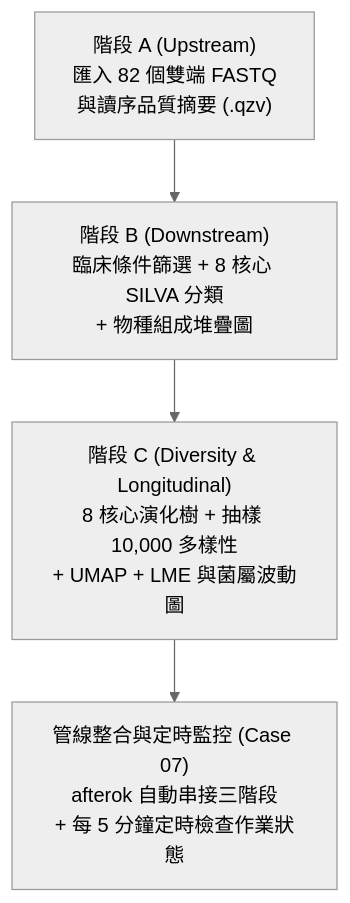
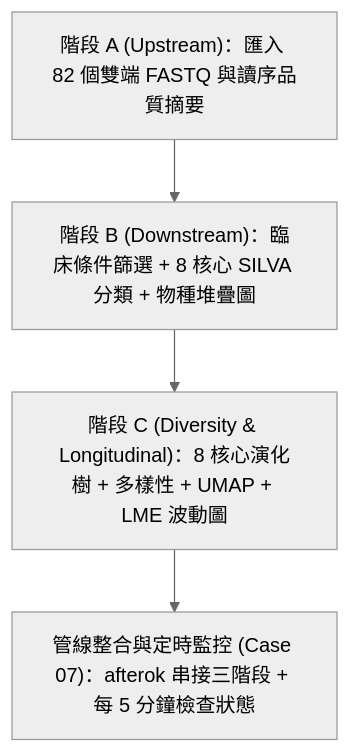
One commit to gemini960114/nano4-ngs-slurm-skill changed the diagram in 04-qiime2-microbiome-pipeline/README.md. Above: the diagram before and after it, drawn with Mermaid (neutral theme). The commit also changed 5 other files, not shown here.

Commit message:
fix(docs): add VitePress custom.css for hero typography, remove extra home text, and fix Mermaid br syntax

````diff
--- a/04-qiime2-microbiome-pipeline/README.md
+++ b/04-qiime2-microbiome-pipeline/README.md
@@ -9,6 +9,6 @@
 ```mermaid
 flowchart TD
-    A["階段 A (Upstream)<br>匯入 82 個雙端 FASTQ<br>與讀序品質摘要 (.qzv)"] --> B["階段 B (Downstream)<br>臨床條件篩選 + 8 核心 SILVA 分類<br>+ 物種組成堆疊圖"]
-    B --> C["階段 C (Diversity & Longitudinal)<br>8 核心演化樹 + 抽樣 10,000 多樣性<br>+ UMAP + LME 與菌屬波動圖"]
-    C --> D["管線整合與定時監控 (Case 07)<br>afterok 自動串接三階段<br>+ 每 5 分鐘定時檢查作業狀態"]
+    A["階段 A (Upstream)：匯入 82 個雙端 FASTQ 與讀序品質摘要"] --> B["階段 B (Downstream)：臨床條件篩選 + 8 核心 SILVA 分類 + 物種堆疊圖"]
+    B --> C["階段 C (Diversity & Longitudinal)：8 核心演化樹 + 多樣性 + UMAP + LME 波動圖"]
+    C --> D["管線整合與定時監控 (Case 07)：afterok 串接三階段 + 每 5 分鐘檢查狀態"]
 ```
````
